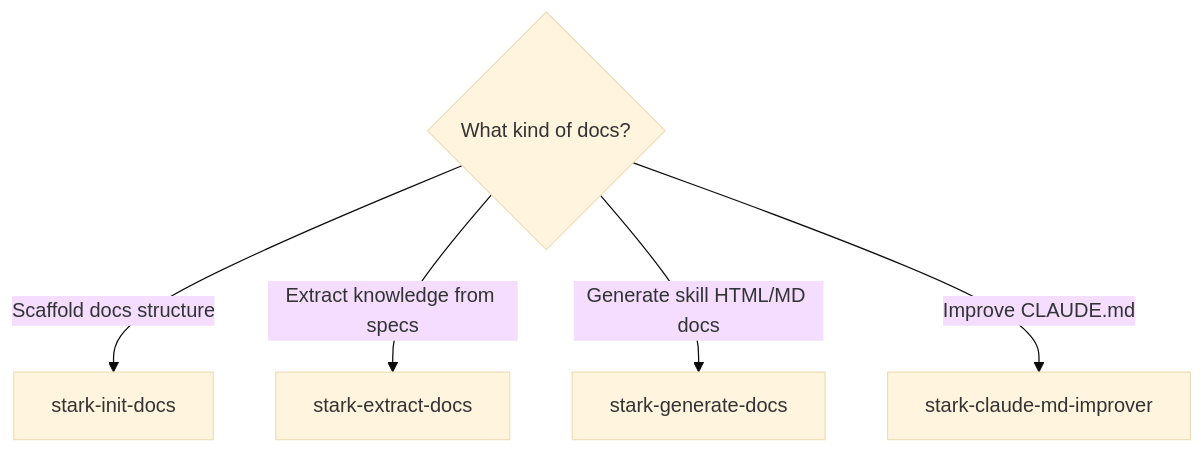
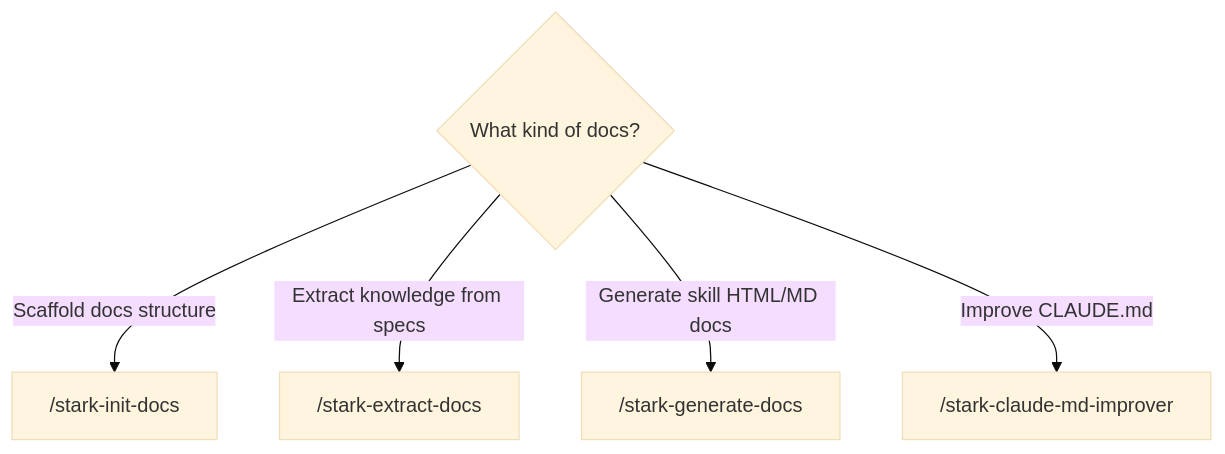
Before and after one commit to 21StarkCom/stark-skills: the sixth of 8 diagrams in docs/skills/README.md, drawn with Mermaid (base theme). The commit also changed other lines of this file and 1 other file, not shown here.

First line of the commit message:
docs: add full pipeline visualization and rewrite skill routing guide

````diff
--- a/docs/skills/README.md
+++ b/docs/skills/README.md
@@ -65,7 +92,7 @@
 ```mermaid
 graph TD
-    A{What kind of docs?} -->|Scaffold docs structure| B[stark-init-docs]
-    A -->|Extract knowledge from specs| C[stark-extract-docs]
-    A -->|Generate skill HTML/MD docs| D[stark-generate-docs]
-    A -->|Improve CLAUDE.md| E[stark-claude-md-improver]
+    A{What kind of docs?} -->|Scaffold docs structure| B["/stark-init-docs"]
+    A -->|Extract knowledge from specs| C["/stark-extract-docs"]
+    A -->|Generate skill HTML/MD docs| D["/stark-generate-docs"]
+    A -->|Improve CLAUDE.md| E["/stark-claude-md-improver"]
 ```
````
